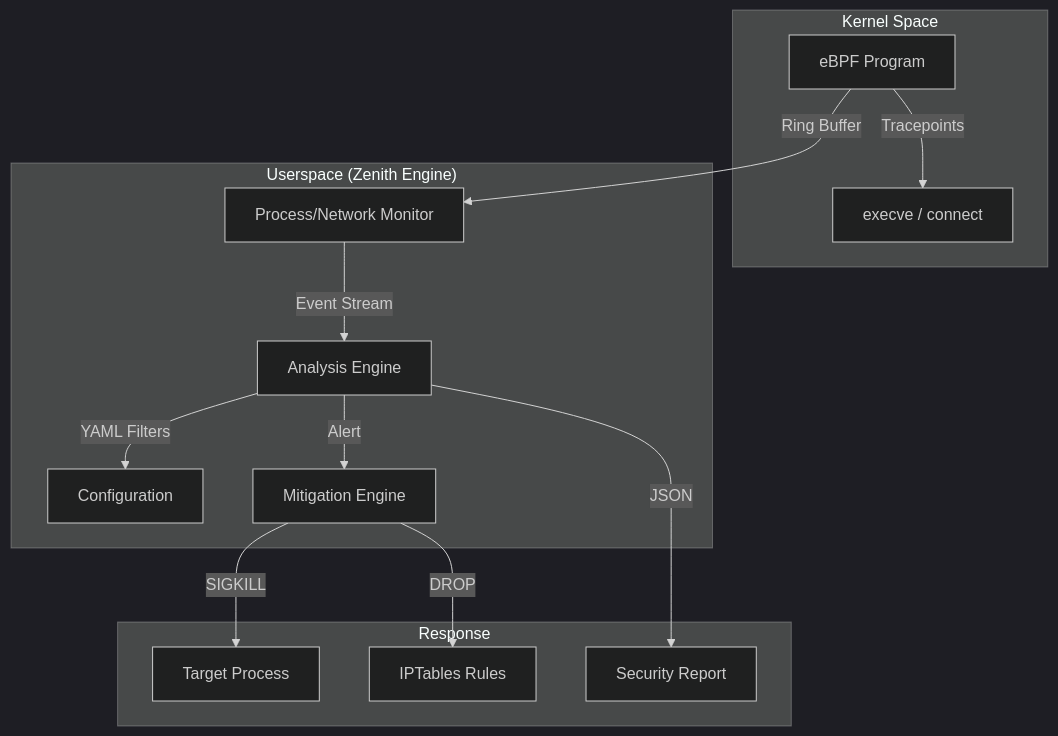
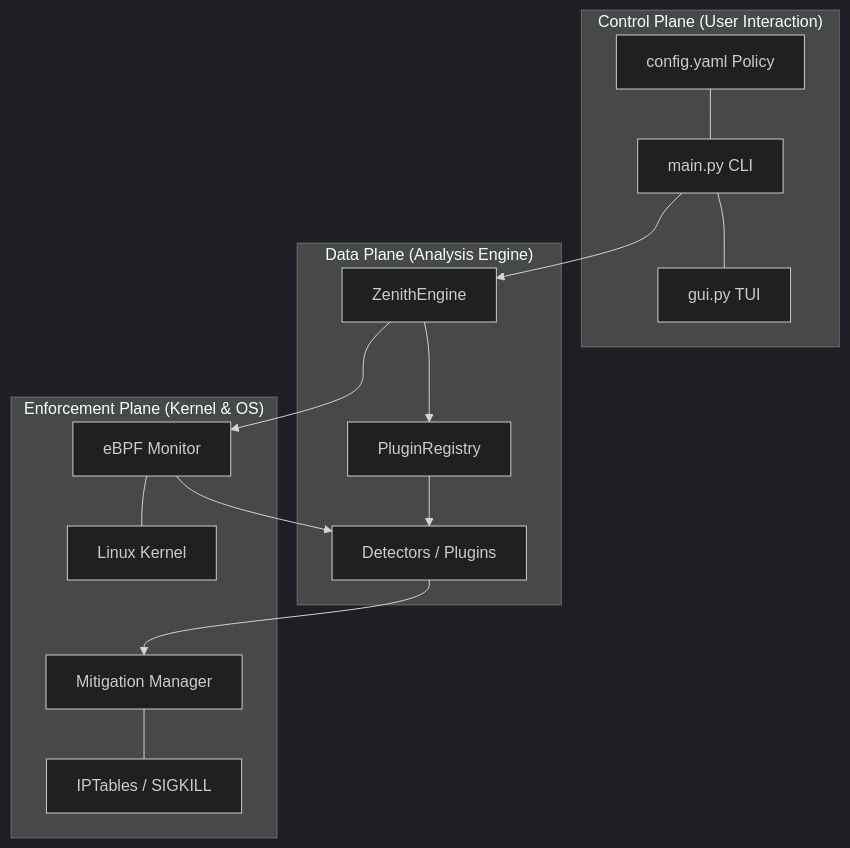
The third of 9 diagrams in README.md (syed-sameer-ul-hassan/Zenith-Sentry), drawn with Mermaid (dark theme) before and after one commit. The commit also changed other lines of this file, not shown here.

Commit message:
docs: complete hardened documentation overhaul with technical diagrams and tactical styling

````diff
--- a/README.md
+++ b/README.md
@@ -121,17 +221,22 @@
 ```mermaid
 graph TD
-    subgraph "Kernel Space"
-        E[eBPF Program] -->|Tracepoints| SYSCALL[execve / connect]
+    subgraph "Control Plane (User Interaction)"
+        M[main.py CLI] --- G[gui.py TUI]
+        C[config.yaml Policy] --- M
     end
-    subgraph "Userspace (Zenith Engine)"
-        E -->|Ring Buffer| PDR[Process/Network Monitor]
-        PDR -->|Event Stream| AE[Analysis Engine]
-        AE -->|YAML Filters| CFG[Configuration]
-        AE -->|Alert| MIT[Mitigation Engine]
+
+    subgraph "Data Plane (Analysis Engine)"
+        E[ZenithEngine] --> R[PluginRegistry]
+        R --> P[Detectors / Plugins]
     end
-    subgraph "Response"
-        MIT -->|SIGKILL| PID[Target Process]
-        MIT -->|DROP| IPT[IPTables Rules]
-        AE -->|JSON| RPT[Security Report]
+
+    subgraph "Enforcement Plane (Kernel & OS)"
+        EB[eBPF Monitor] --- K[Linux Kernel]
+        MM[Mitigation Manager] --- IPT[IPTables / SIGKILL]
     end
+
+    M --> E
+    E --> EB
+    EB --> P
+    P --> MM
 ```
````
